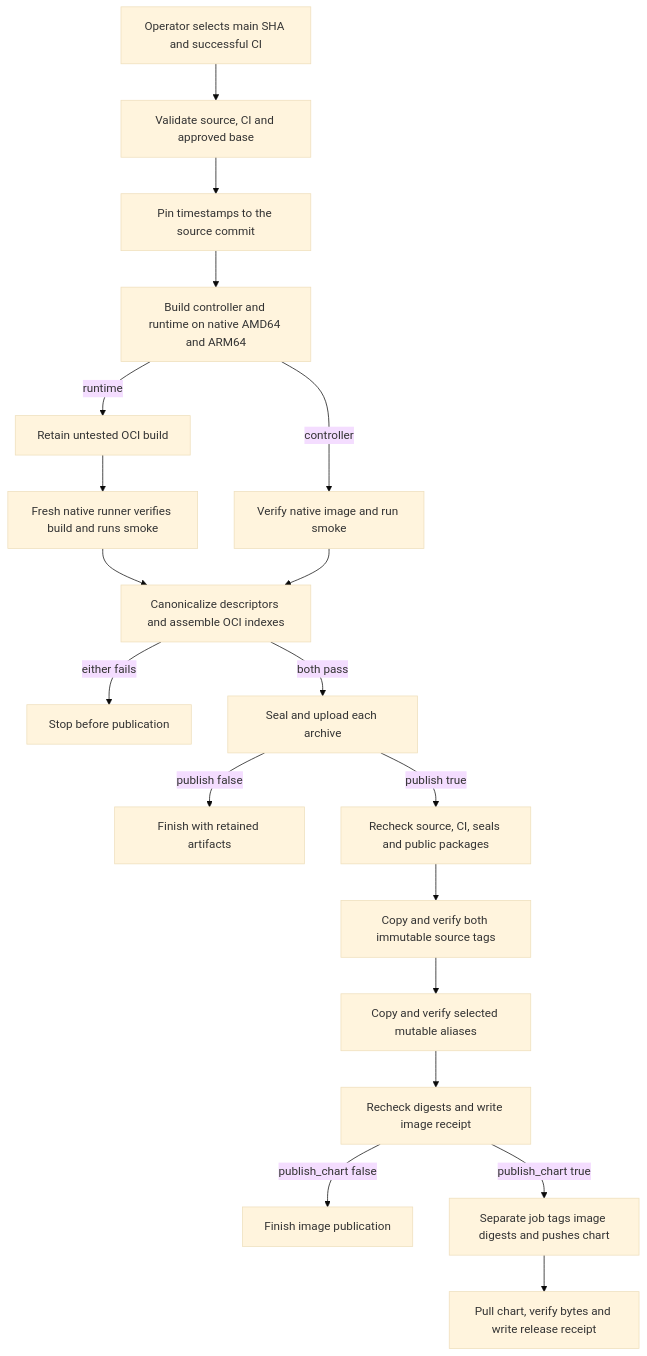
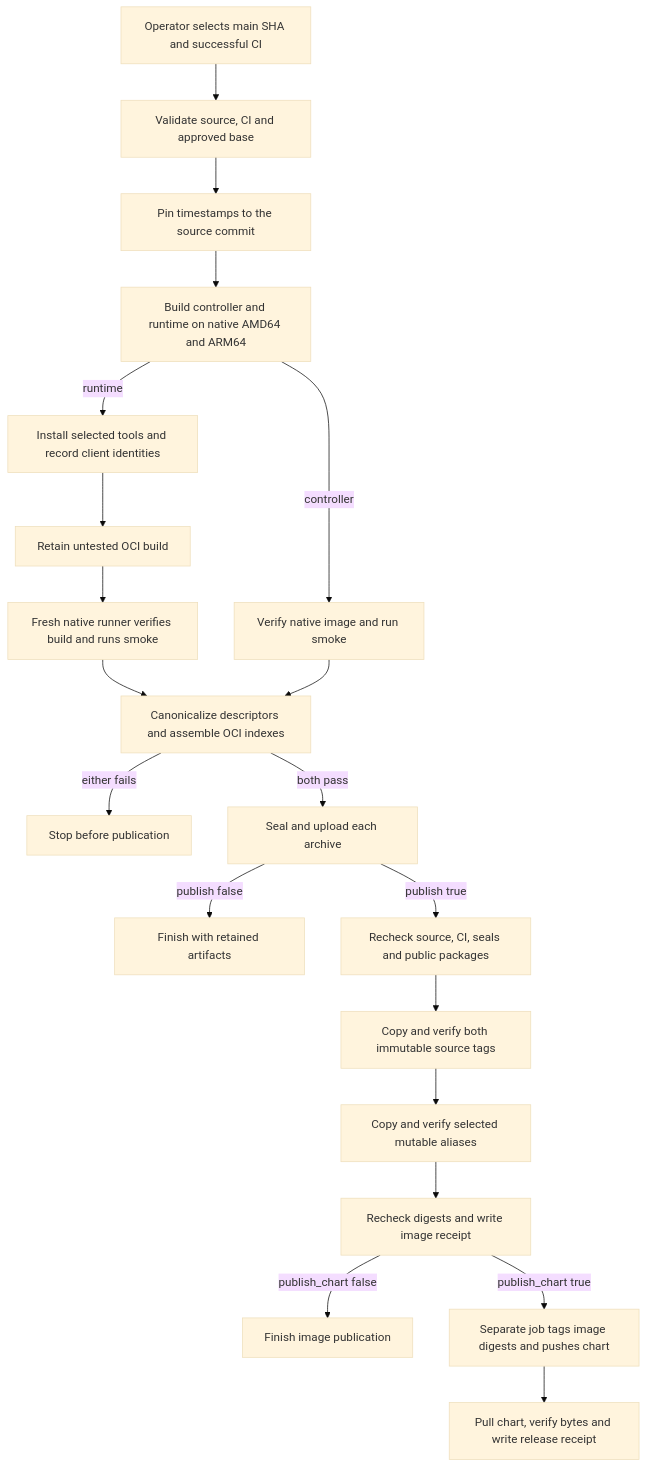
Before and after one commit to openclaw/openclaw-enterprise: the diagram in docs/flows/container-publication.md, drawn with Mermaid (base theme). The commit also changed other lines of this file and 16 other files, not shown here.

Commit message:
feat(runtime): package and measure selected native download clients

````diff
--- a/docs/flows/container-publication.md
+++ b/docs/flows/container-publication.md
@@ -32,21 +32,22 @@
 ```mermaid
 graph TD
   A["Operator selects main SHA and successful CI"] --> B["Validate source, CI and approved base"]
   B --> C["Pin timestamps to the source commit"]
   C --> D["Build controller and runtime on native AMD64 and ARM64"]
   D -->|controller| E["Verify native image and run smoke"]
-  D -->|runtime| R["Retain untested OCI build"]
+  D -->|runtime| T["Install selected tools and record client identities"]
+  T --> R["Retain untested OCI build"]
   R --> S["Fresh native runner verifies build and runs smoke"]
   S --> H
   E --> H["Canonicalize descriptors and assemble OCI indexes"]
   H -->|either fails| X["Stop before publication"]
   H -->|both pass| F["Seal and upload each archive"]
   F -->|publish false| G["Finish with retained artifacts"]
   F -->|publish true| I["Recheck source, CI, seals and public packages"]
   I --> J["Copy and verify both immutable source tags"]
   J --> K["Copy and verify selected mutable aliases"]
   K --> L["Recheck digests and write image receipt"]
   L -->|publish_chart false| O["Finish image publication"]
   L -->|publish_chart true| M["Separate job tags image digests and pushes chart"]
   M --> N["Pull chart, verify bytes and write release receipt"]
 ```
````
